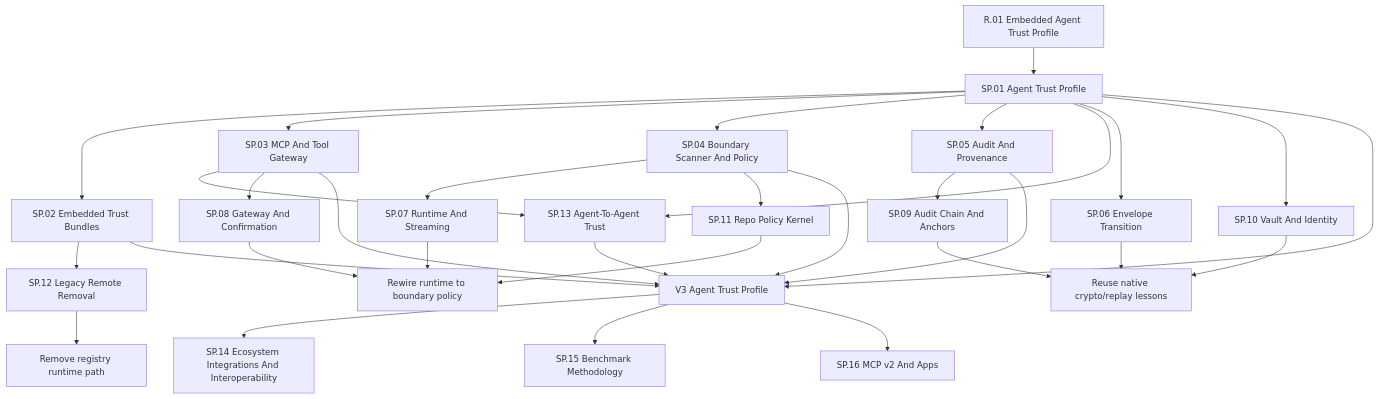
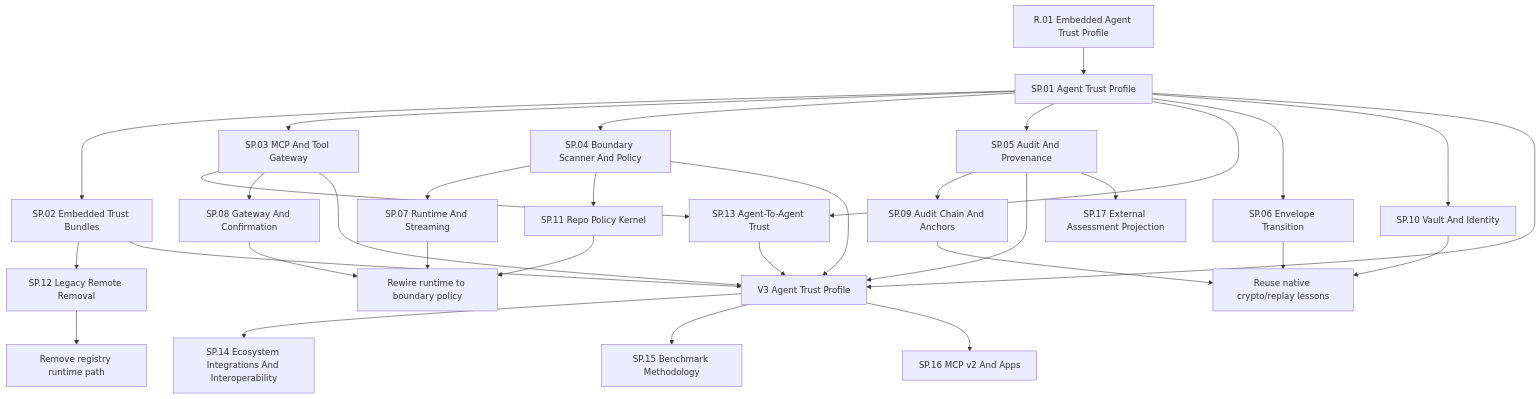
One commit to futhr/sigil_guard changed the diagram in docs/specs/README.md. Above: the diagram before and after it, drawn with Mermaid. The commit also changed other lines of this file and 11 other files, not shown here.

Commit message:
feat(assessment): add OSCAL evidence projection

````diff
--- a/docs/specs/README.md
+++ b/docs/specs/README.md
@@ -13,59 +13,61 @@
 ```mermaid
 flowchart TD
     R01[R.01 Embedded Agent Trust Profile]
 
     SP01[SP.01 Agent Trust Profile]
     SP02[SP.02 Embedded Trust Bundles]
     SP03[SP.03 MCP And Tool Gateway]
     SP04[SP.04 Boundary Scanner And Policy]
     SP05[SP.05 Audit And Provenance]
 
     SP13[SP.13 Agent-To-Agent Trust]
 
     SP06[SP.06 Envelope Transition]
     SP07[SP.07 Runtime And Streaming]
     SP08[SP.08 Gateway And Confirmation]
     SP09[SP.09 Audit Chain And Anchors]
     SP10[SP.10 Vault And Identity]
     SP11[SP.11 Repo Policy Kernel]
     SP12[SP.12 Legacy Remote Removal]
 
     SP14[SP.14 Ecosystem Integrations And Interoperability]
     SP15[SP.15 Benchmark Methodology]
     SP16[SP.16 MCP v2 And Apps]
+    SP17[SP.17 External Assessment Projection]
 
     R01 --> SP01
     SP01 --> SP02
     SP01 --> SP03
     SP01 --> SP04
     SP01 --> SP05
     SP01 --> SP13
     SP03 --> SP13
 
     SP01 --> SP06
     SP03 --> SP08
     SP04 --> SP07
     SP04 --> SP11
     SP05 --> SP09
     SP01 --> SP10
     SP02 --> SP12
 
     SP06 --> Reuse[Reuse native crypto/replay lessons]
     SP07 --> Rewire[Rewire runtime to boundary policy]
     SP08 --> Rewire
     SP09 --> Reuse
     SP10 --> Reuse
     SP11 --> Rewire
     SP12 --> Remove[Remove registry runtime path]
 
     SP01 --> V3[V3 Agent Trust Profile]
     SP02 --> V3
     SP03 --> V3
     SP04 --> V3
     SP05 --> V3
     SP13 --> V3
 
     V3 --> SP14
     V3 --> SP15
     V3 --> SP16
+    SP05 --> SP17
 ```
````
